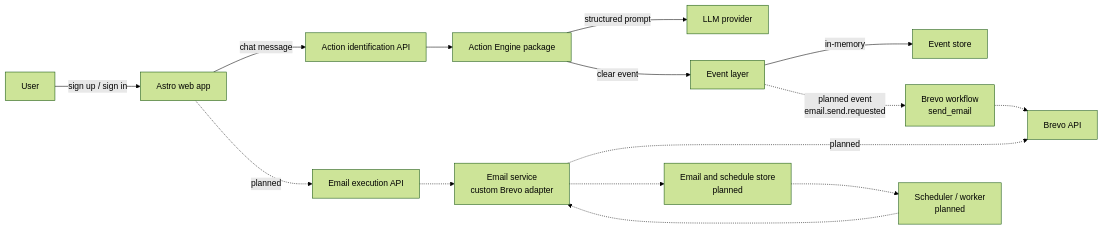
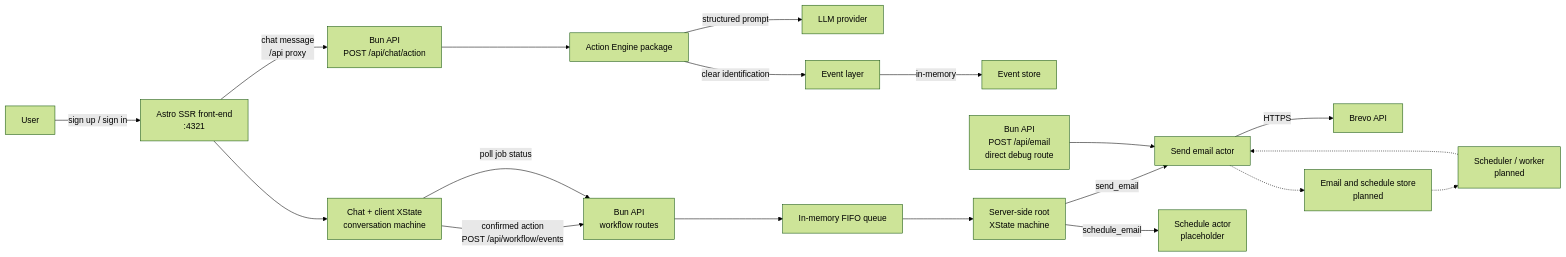
The first of 10 diagrams in docs/SYSTEM_DIAGRAM.md (ranjitd-sys/Workflow), drawn with Mermaid (forest theme) before and after one commit. The commit also changed other lines of this file and 48 other files, not shown here.

````diff
--- a/docs/SYSTEM_DIAGRAM.md
+++ b/docs/SYSTEM_DIAGRAM.md
@@ -19,19 +28,23 @@
 ```mermaid
 flowchart LR
-  User["User"] -->|"sign up / sign in"| App["Astro web app"]
-  App -->|"chat message"| ActionAPI["Action identification API"]
+  User["User"] -->|"sign up / sign in"| App["Astro SSR front-end<br/>:4321"]
+  App -->|"chat message<br/>/api proxy"| ActionAPI["Bun API<br/>POST /api/chat/action"]
   ActionAPI --> Engine["Action Engine package"]
   Engine -->|"structured prompt"| LLM["LLM provider"]
-  Engine -->|"clear event"| Events["Event layer"]
+  Engine -->|"clear identification"| Events["Event layer"]
   Events -->|"in-memory"| EventStore["Event store"]
 
-  Events -.->|"planned event<br/>email.send.requested"| BrevoWorkflow["Brevo workflow<br/>send_email"]
+  App --> ChatMachine["Chat + client XState<br/>conversation machine"]
+  ChatMachine -->|"confirmed action<br/>POST /api/workflow/events"| WorkflowAPI["Bun API<br/>workflow routes"]
+  WorkflowAPI --> Queue["In-memory FIFO queue"]
+  Queue --> RootMachine["Server-side root<br/>XState machine"]
+  RootMachine -->|"send_email"| SendActor["Send email actor"]
+  SendActor -->|"HTTPS"| Brevo["Brevo API"]
+  RootMachine -->|"schedule_email"| ScheduleActor["Schedule actor<br/>placeholder"]
+  ChatMachine -->|"poll job status"| WorkflowAPI
 
-  App -.->|"planned"| EmailAPI["Email execution API"]
-  EmailAPI -.-> EmailService["Email service<br/>custom Brevo adapter"]
-  EmailService -.->|"planned"| Brevo["Brevo API"]
-  BrevoWorkflow -.-> Brevo
-  Scheduler["Scheduler / worker<br/>planned"] -.-> EmailService
+  DirectAPI["Bun API<br/>POST /api/email<br/>direct debug route"] --> SendActor
+  Scheduler["Scheduler / worker<br/>planned"] -.-> SendActor
   EmailStore["Email and schedule store<br/>planned"] -.-> Scheduler
-  EmailService -.-> EmailStore
+  SendActor -.-> EmailStore
 ```
````
